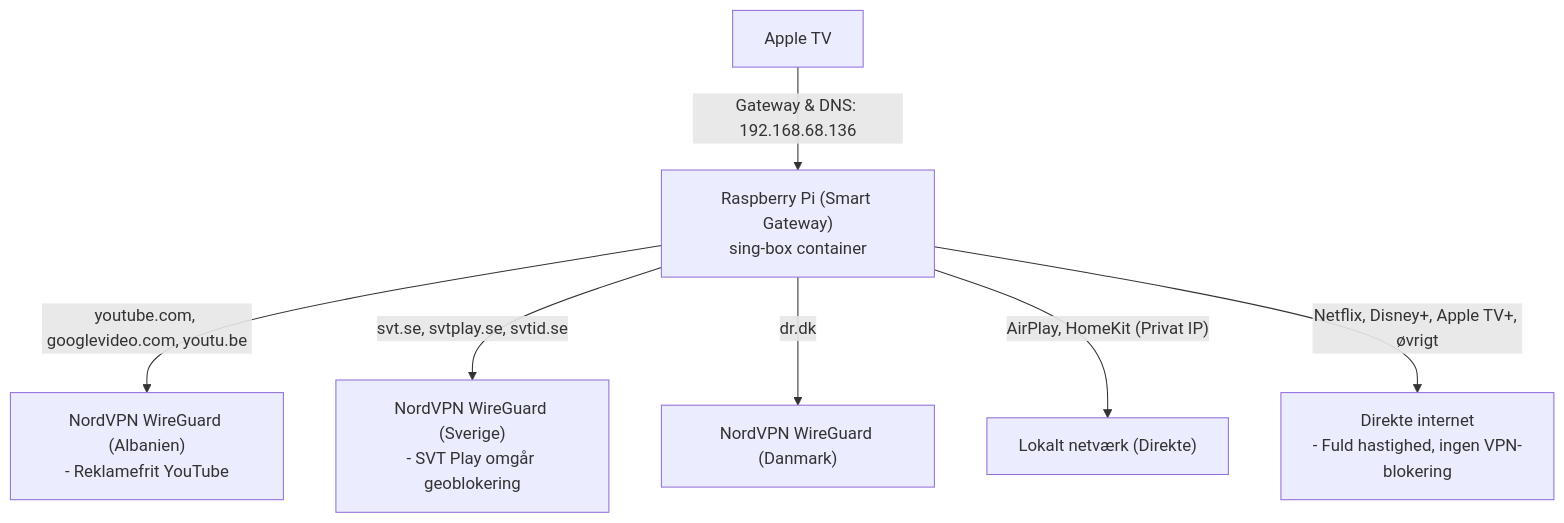
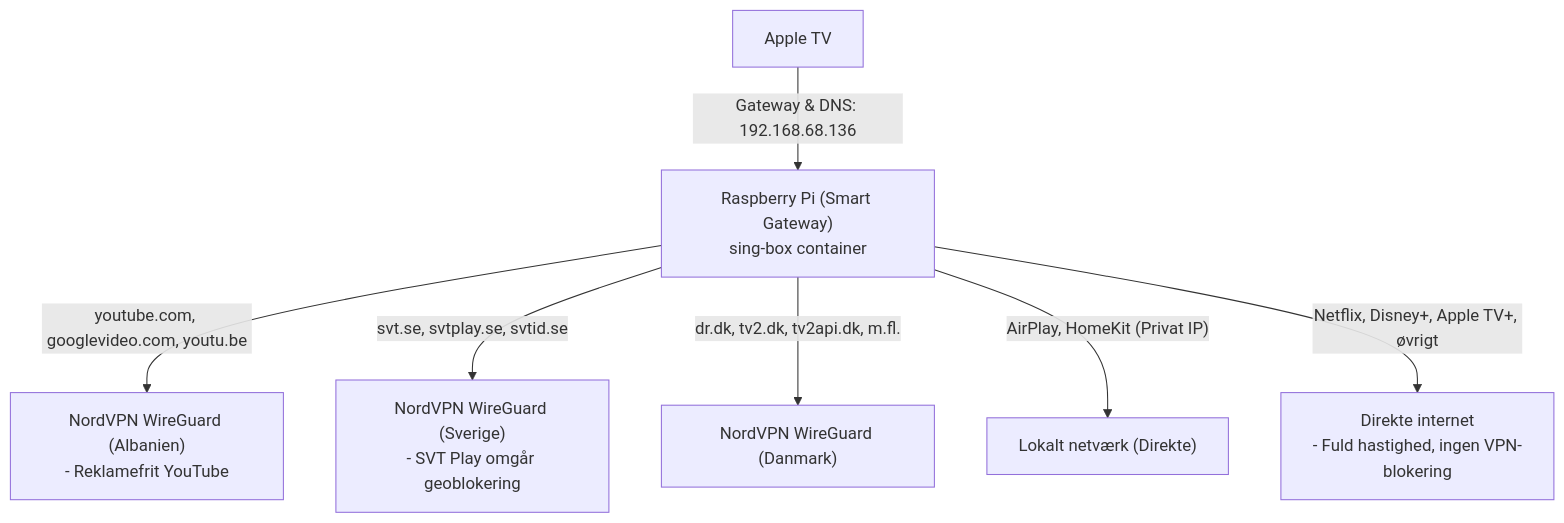
One commit to cccp200/smart-vpn-gateway changed the diagram in README.md. Above: the diagram before and after it, drawn with Mermaid. The commit also changed 2 other files, not shown here.

Commit message:
feat: route TV 2 streaming domains through Denmark VPN

````diff
--- a/README.md
+++ b/README.md
@@ -13,10 +13,10 @@
 ```mermaid
 flowchart TD
     AppleTV["Apple TV"] -->|Gateway & DNS: 192.168.68.136| RPi["Raspberry Pi (Smart Gateway)<br/>sing-box container"]
     
     RPi -->|"youtube.com, googlevideo.com, youtu.be"| Albanien["NordVPN WireGuard (Albanien)<br/>- Reklamefrit YouTube"]
     RPi -->|"svt.se, svtplay.se, svtid.se"| Sverige["NordVPN WireGuard (Sverige)<br/>- SVT Play omgår geoblokering"]
-    RPi -->|"dr.dk"| Danmark["NordVPN WireGuard (Danmark)"]
+    RPi -->|"dr.dk, tv2.dk, tv2api.dk, m.fl."| Danmark["NordVPN WireGuard (Danmark)"]
     RPi -->|"AirPlay, HomeKit (Privat IP)"| LAN["Lokalt netværk (Direkte)"]
     RPi -->|"Netflix, Disney+, Apple TV+, øvrigt"| WAN["Direkte internet<br/>- Fuld hastighed, ingen VPN-blokering"]
 ```
````
